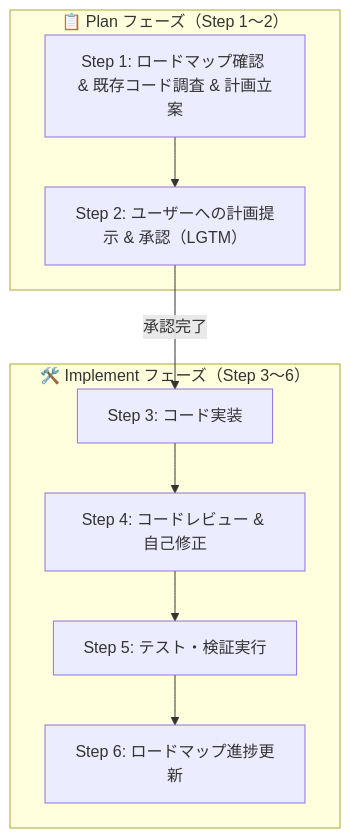
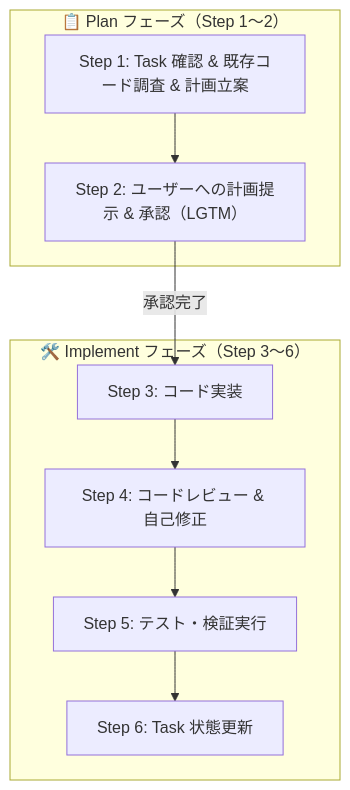
Before and after one commit to takahashimasaya00/my-skills: the second of 3 diagrams in README.md, drawn with Mermaid. The commit also changed other lines of this file and 7 other files, not shown here.

````diff
--- a/README.md
+++ b/README.md
@@ -118,23 +114,23 @@
 ```mermaid
 flowchart TD
     subgraph PlanPhase ["📋 Plan フェーズ（Step 1〜2）"]
-        S1["Step 1: ロードマップ確認 & 既存コード調査 & 計画立案"]
+        S1["Step 1: Task 確認 & 既存コード調査 & 計画立案"]
         S2["Step 2: ユーザーへの計画提示 & 承認（LGTM）"]
     end
 
     subgraph ImpPhase ["🛠️ Implement フェーズ（Step 3〜6）"]
         S3["Step 3: コード実装"]
         S4["Step 4: コードレビュー & 自己修正"]
         S5["Step 5: テスト・検証実行"]
-        S6["Step 6: ロードマップ進捗更新"]
+        S6["Step 6: Task 状態更新"]
     end
 
     S1 --> S2
     S2 -->|承認完了| S3
     S3 --> S4
     S4 --> S5
     S5 --> S6
 
     classDef high fill:#ffe6e6,stroke:#ff6666,stroke-width:2px;
     classDef low fill:#e6f7ff,stroke:#66b2ff,stroke-width:2px;
 ```
````
